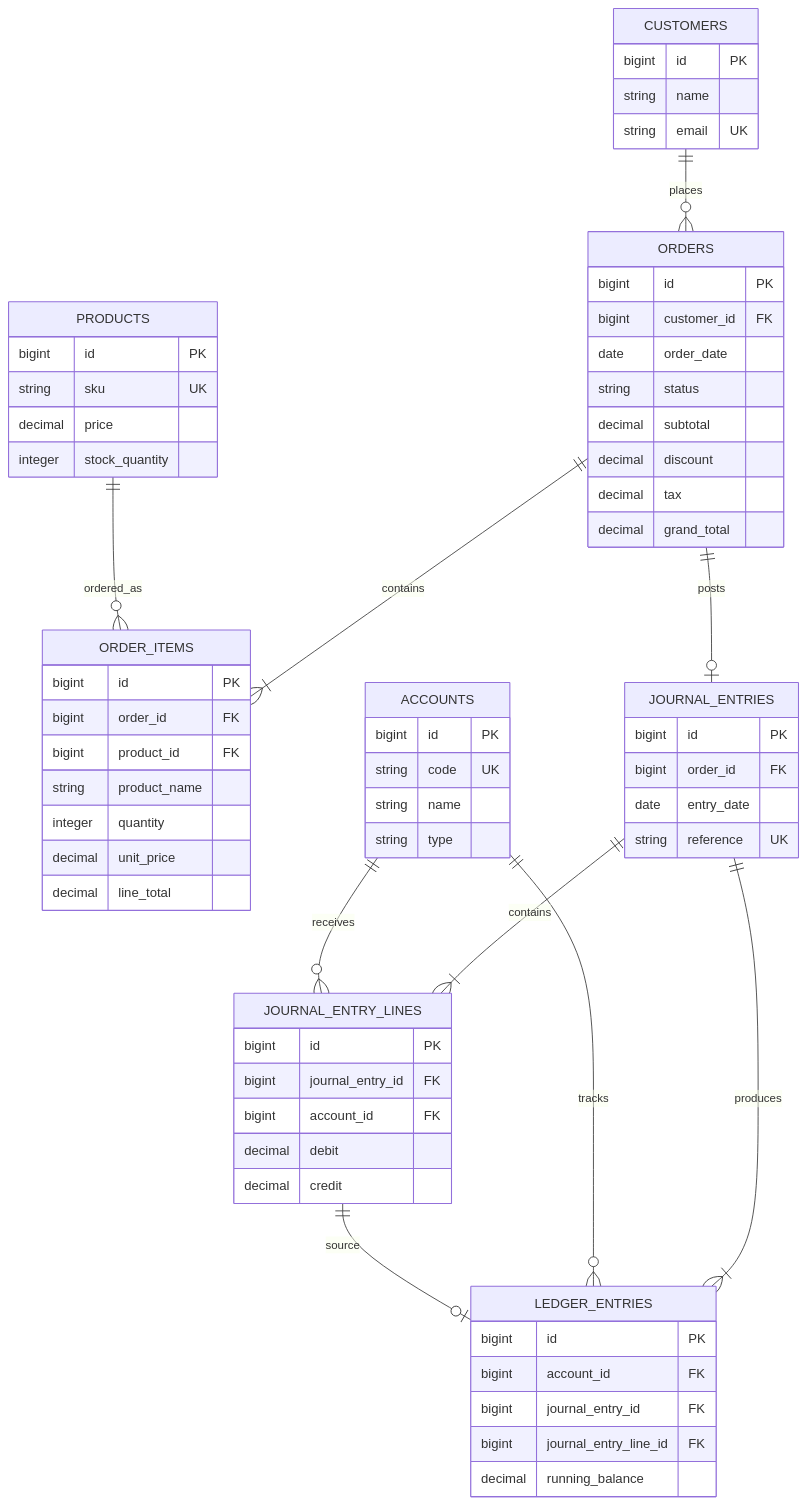
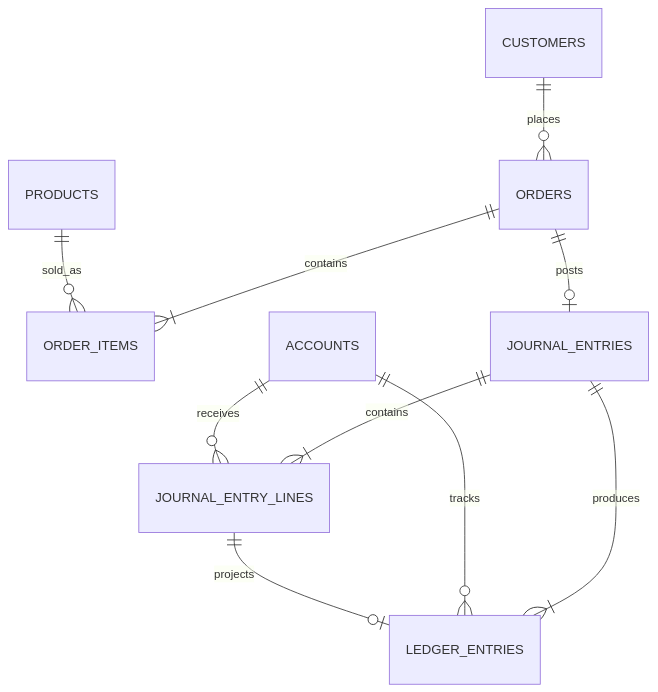
Before and after one commit to rashaduldev/ALO-IT-Consultants.: the second of 2 diagrams in README.md, drawn with Mermaid. The commit also changed other lines of this file, not shown here.

````diff
--- a/README.md
+++ b/README.md
@@ -31,69 +131,12 @@
 ```mermaid
 erDiagram
     CUSTOMERS ||--o{ ORDERS : places
     ORDERS ||--|{ ORDER_ITEMS : contains
-    PRODUCTS ||--o{ ORDER_ITEMS : ordered_as
+    PRODUCTS ||--o{ ORDER_ITEMS : sold_as
     ORDERS ||--o| JOURNAL_ENTRIES : posts
     JOURNAL_ENTRIES ||--|{ JOURNAL_ENTRY_LINES : contains
     ACCOUNTS ||--o{ JOURNAL_ENTRY_LINES : receives
     JOURNAL_ENTRIES ||--|{ LEDGER_ENTRIES : produces
     ACCOUNTS ||--o{ LEDGER_ENTRIES : tracks
-    JOURNAL_ENTRY_LINES ||--o| LEDGER_ENTRIES : source
-
-    CUSTOMERS {
-        bigint id PK
-        string name
-        string email UK
-    }
-    PRODUCTS {
-        bigint id PK
-        string sku UK
-        decimal price
-        integer stock_quantity
-    }
-    ORDERS {
-        bigint id PK
-        bigint customer_id FK
-        date order_date
-        string status
-        decimal subtotal
-        decimal discount
-        decimal tax
-        decimal grand_total
-    }
-    ORDER_ITEMS {
-        bigint id PK
-        bigint order_id FK
-        bigint product_id FK
-        string product_name
-        integer quantity
-        decimal unit_price
-        decimal line_total
-    }
-    ACCOUNTS {
-        bigint id PK
-        string code UK
-        string name
-        string type
-    }
-    JOURNAL_ENTRIES {
-        bigint id PK
-        bigint order_id FK
-        date entry_date
-        string reference UK
-    }
-    JOURNAL_ENTRY_LINES {
-        bigint id PK
-        bigint journal_entry_id FK
-        bigint account_id FK
-        decimal debit
-        decimal credit
-    }
-    LEDGER_ENTRIES {
-        bigint id PK
-        bigint account_id FK
-        bigint journal_entry_id FK
-        bigint journal_entry_line_id FK
-        decimal running_balance
-    }
+    JOURNAL_ENTRY_LINES ||--o| LEDGER_ENTRIES : projects
 ```
````
